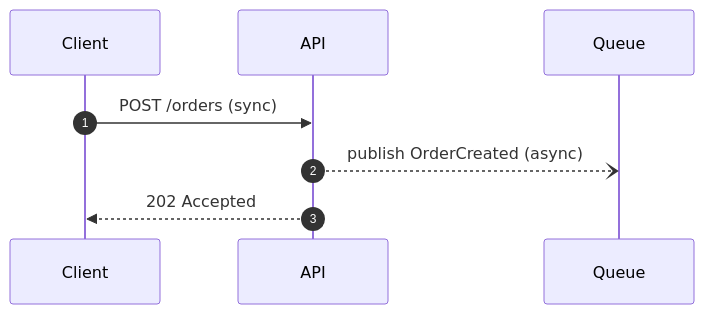
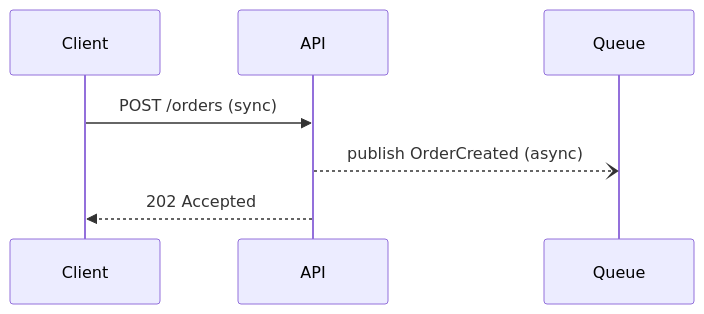
One commit to ArasaniRohithReddy/LearningOS changed the second of 4 diagrams in .github/skills/diagram-as-code-coach/SKILL.md. Above: the diagram before and after it, drawn with Mermaid. The commit also changed other lines of this file and 2 other files, not shown here.

````diff
--- a/.github/skills/diagram-as-code-coach/SKILL.md
+++ b/.github/skills/diagram-as-code-coach/SKILL.md
@@ -56,10 +55,9 @@
 ```mermaid
 sequenceDiagram
-  autonumber
   participant C as Client
   participant A as API
   participant Q as Queue
   C->>A: POST /orders (sync)
   A--)Q: publish OrderCreated (async)
   A-->>C: 202 Accepted
 ```
````
